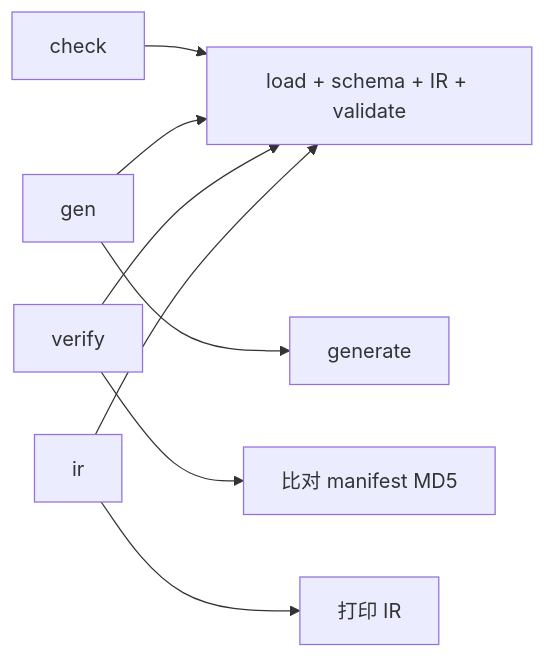
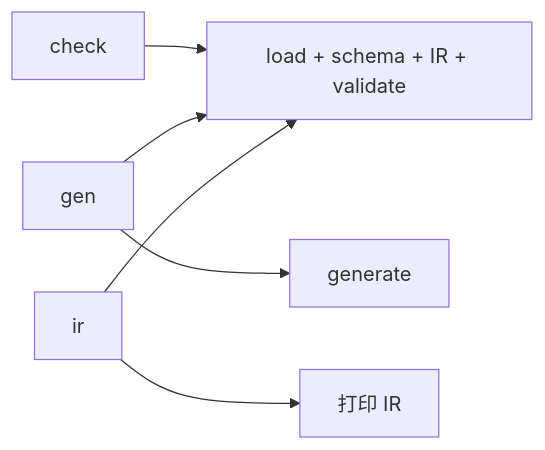
The third of 3 diagrams in docs/part4-design/1-architecture.md (Leonardo-lijianan/polyforge), drawn with Mermaid before and after one commit. The commit also changed other lines of this file and 35 other files, not shown here.

Commit message:
v1.0.0: basePackage 生效、MP 生成器改名、schemaVersion 必填、契约缓存共享、删除 manifest/verify

````diff
--- a/docs/part4-design/1-architecture.md
+++ b/docs/part4-design/1-architecture.md
@@ -56,10 +56,8 @@
 ```mermaid
 flowchart LR
   C["check"] --> A["load + schema + IR + validate"]
   G["gen"] --> A
   G --> W["generate"]
-  V["verify"] --> A
-  V --> M["比对 manifest MD5"]
   I["ir"] --> A
   I --> P["打印 IR"]
 ```
````
